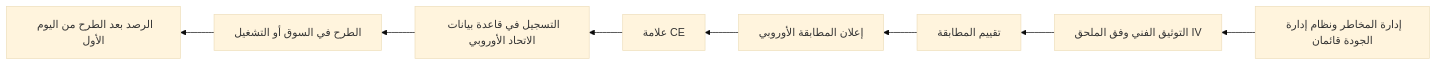
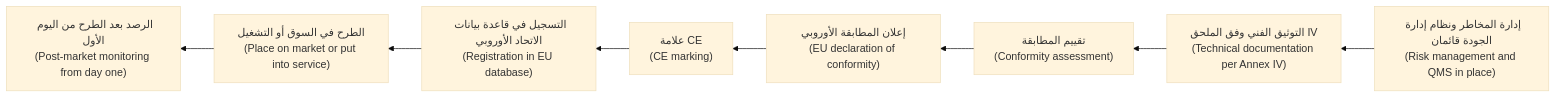
One commit to Tamoura/system-design-for-vibe-coders changed the first of 3 diagrams in aigp/modules/10-release-monitor.ar.md. Above: the diagram before and after it, drawn with Mermaid (base theme). The commit also changed other lines of this file and 62 other files, not shown here.

First line of the commit message:
Arabic editions: English on every diagram label, RTL fixes, rebuild

````diff
--- a/aigp/modules/10-release-monitor.ar.md
+++ b/aigp/modules/10-release-monitor.ar.md
@@ -59,10 +59,10 @@
 ```mermaid
 flowchart RL
-  A[إدارة المخاطر ونظام إدارة الجودة قائمان] --> B[التوثيق الفني وفق الملحق IV]
-  B --> C[تقييم المطابقة]
-  C --> D[إعلان المطابقة الأوروبي]
-  D --> E[علامة CE]
-  E --> F[التسجيل في قاعدة بيانات الاتحاد الأوروبي]
-  F --> G[الطرح في السوق أو التشغيل]
-  G --> H[الرصد بعد الطرح من اليوم الأول]
+  A["إدارة المخاطر ونظام إدارة الجودة قائمان<br/>(Risk management and QMS in place)"] --> B["التوثيق الفني وفق الملحق IV<br/>(Technical documentation per Annex IV)"]
+  B --> C["تقييم المطابقة<br/>(Conformity assessment)"]
+  C --> D["إعلان المطابقة الأوروبي<br/>(EU declaration of conformity)"]
+  D --> E["علامة CE<br/>(CE marking)"]
+  E --> F["التسجيل في قاعدة بيانات الاتحاد الأوروبي<br/>(Registration in EU database)"]
+  F --> G["الطرح في السوق أو التشغيل<br/>(Place on market or put into service)"]
+  G --> H["الرصد بعد الطرح من اليوم الأول<br/>(Post-market monitoring from day one)"]
 ```
````
